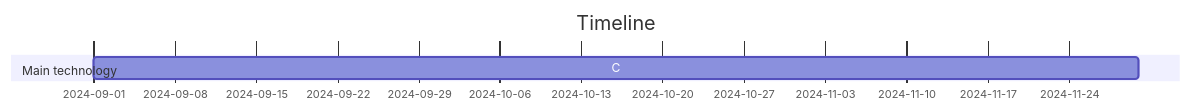
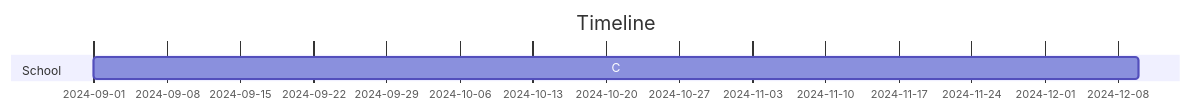
The second of 2 diagrams in README.md (Alexis-Fouquet/Alexis-Fouquet), drawn with Mermaid before and after one commit. The commit also changed other lines of this file, not shown here.

Commit message:
add(mermaid): better gantt chart with all this year

````diff
--- a/README.md
+++ b/README.md
@@ -11,9 +44,8 @@
 ```mermaid
 gantt
     dateFormat YYYY-MM
     title Timeline
 
-    section Main technology
-        C       :c1, 2024-09, 90d
-
+    section School
+        C       :c1, 2024-09, 100d
 ```
````
